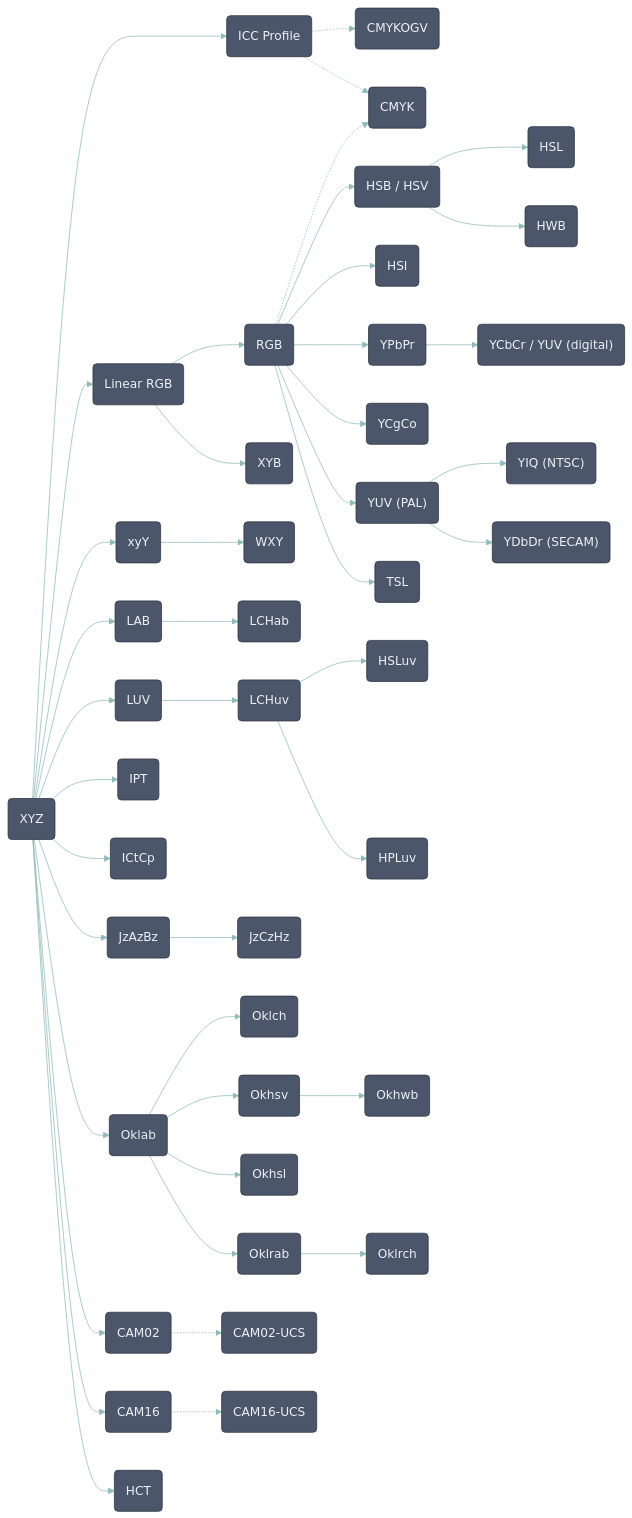
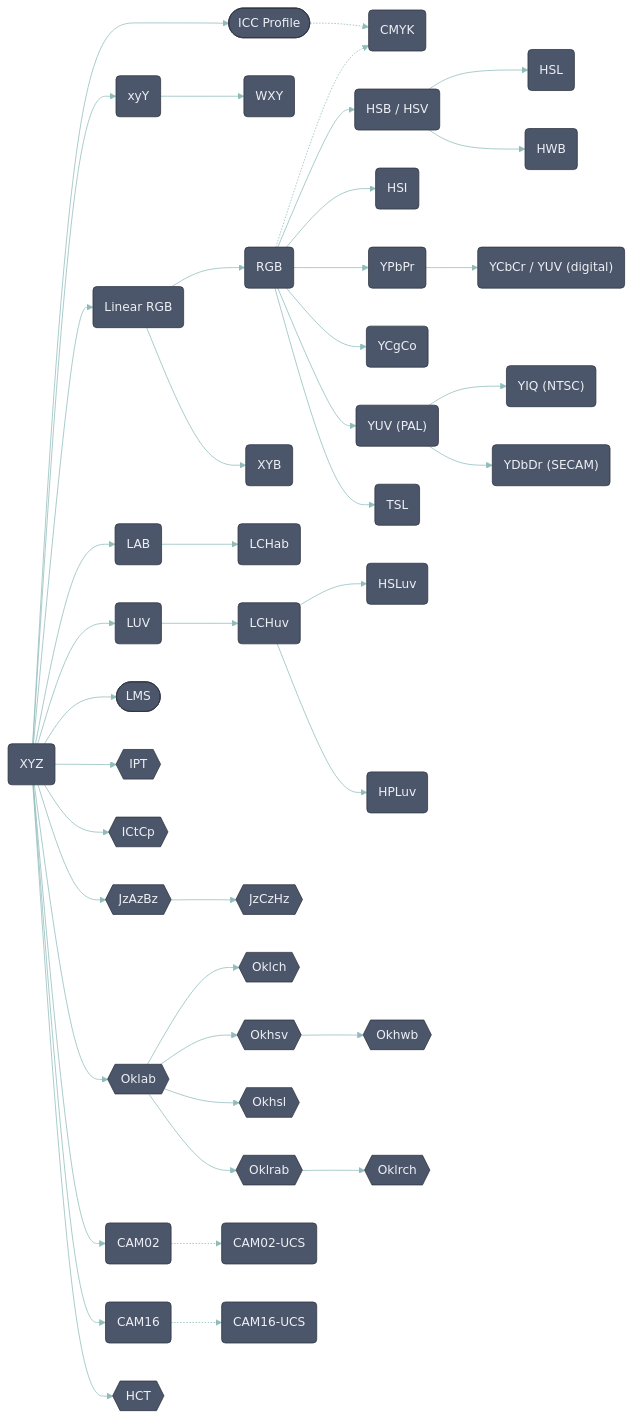
Before and after one commit to waacton/Unicolour: the first of 2 diagrams in README.md, drawn with Mermaid. The commit also changed other lines of this file and 568 other files, not shown here.

```diff
--- a/README.md
+++ b/README.md
@@ -222,30 +223,31 @@
   YDBDR("YDbDr (SECAM)")
   TSL(TSL)
   XYB(XYB)
-  IPT(IPT)
-  ICTCP(ICtCp)
-  JZAZBZ(JzAzBz)
-  JZCZHZ(JzCzHz)
-  OKLAB(Oklab)
-  OKLCH(Oklch)
-  OKHSV(Okhsv)
-  OKHSL(Okhsl)
-  OKHWB(Okhwb)
-  OKLRAB(Oklrab)
-  OKLRCH(Oklrch)
+  LMS([LMS])
+  IPT{{IPT}}
+  ICTCP{{ICtCp}}
+  JZAZBZ{{JzAzBz}}
+  JZCZHZ{{JzCzHz}}
+  OKLAB{{Oklab}}
+  OKLCH{{Oklch}}
+  OKHSV{{Okhsv}}
+  OKHSL{{Okhsl}}
+  OKHWB{{Okhwb}}
+  OKLRAB{{Oklrab}}
+  OKLRCH{{Oklrch}}
   CAM02(CAM02)
   CAM02UCS(CAM02-UCS)
   CAM16(CAM16)
   CAM16UCS(CAM16-UCS)
-  HCT(HCT)
-  ICC("ICC Profile")
+  HCT{{HCT}}
+  ICC(["ICC Profile"])
   CMYK("CMYK")
-  CMYKOGV("CMYKOGV")
-
+  
   XYZ --> ICC
-  ICC -.-> CMYKOGV
   ICC -.-> CMYK
   RGB -.-> CMYK
+  XYZ --> XYY
+  XYY --> WXY
   XYZ --> RGBLIN
   RGBLIN --> RGB
   RGB --> HSB
@@ -260,14 +262,13 @@
   YUV --> YDBDR
   RGB --> TSL
   RGBLIN --> XYB
-  XYZ --> XYY
-  XYY --> WXY
   XYZ --> LAB
   LAB --> LCHAB
   XYZ --> LUV
   LUV --> LCHUV
   LCHUV --> HSLUV
   LCHUV --> HPLUV
+  XYZ --> LMS
   XYZ --> IPT
   XYZ --> ICTCP
   XYZ --> JZAZBZ
```
